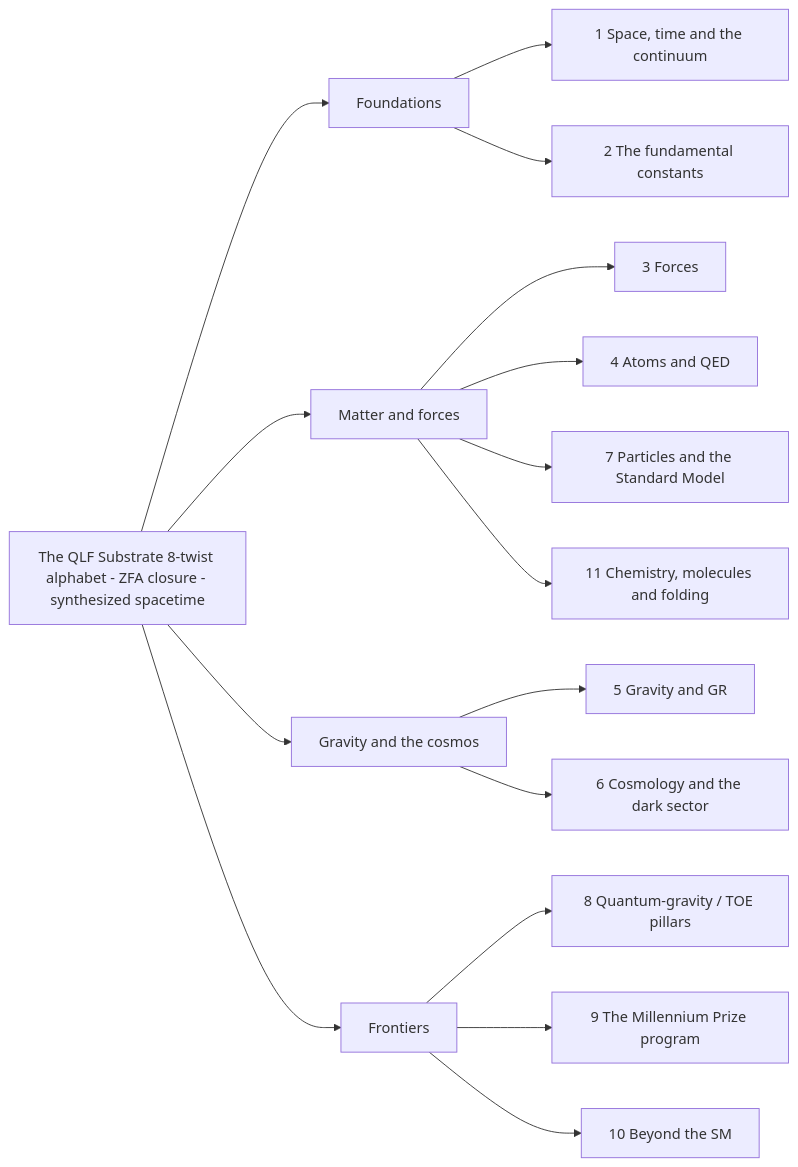
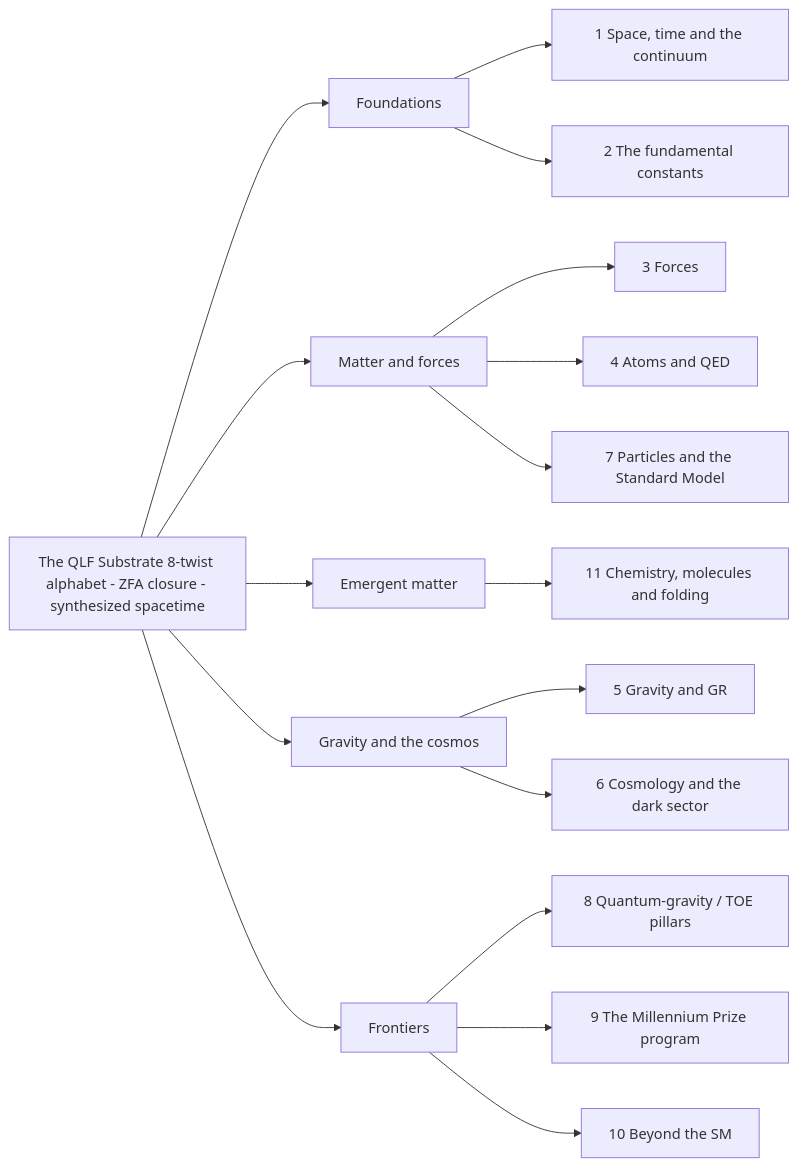
Before and after one commit to SiriRangsanTech/quantum-logical-framework: the first of 12 diagrams in tools/flowchart_source.md, drawn with Mermaid. The commit also changed other lines of this file and 6 other files, not shown here.

First line of the commit message:
FlowChart: Emergent matter as a fifth family

````diff
--- a/tools/flowchart_source.md
+++ b/tools/flowchart_source.md
@@ -13,19 +13,20 @@
 ```mermaid
 flowchart LR
   S["The QLF Substrate 8-twist alphabet - ZFA closure - synthesized spacetime"]
   S --> FND["Foundations"]
   S --> MAT["Matter and forces"]
+  S --> EMR["Emergent matter"]
   S --> GRV["Gravity and the cosmos"]
   S --> FRN["Frontiers"]
   FND --> D1["1 Space, time and the continuum"]
   FND --> D2["2 The fundamental constants"]
   MAT --> D3["3 Forces"]
   MAT --> D4["4 Atoms and QED"]
   MAT --> D7["7 Particles and the Standard Model"]
-  MAT --> D11["11 Chemistry, molecules and folding"]
+  EMR --> D11["11 Chemistry, molecules and folding"]
   GRV --> D5["5 Gravity and GR"]
   GRV --> D6["6 Cosmology and the dark sector"]
   FRN --> D8["8 Quantum-gravity / TOE pillars"]
   FRN --> D9["9 The Millennium Prize program"]
   FRN --> D10["10 Beyond the SM"]
 ```
````
